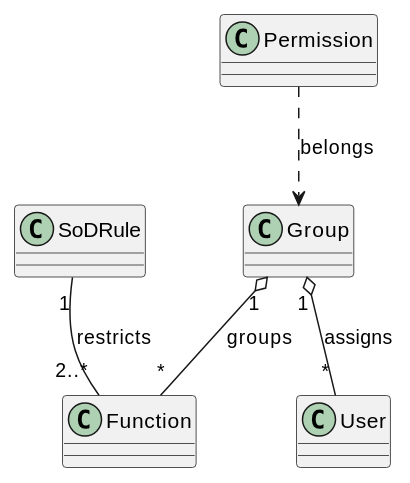
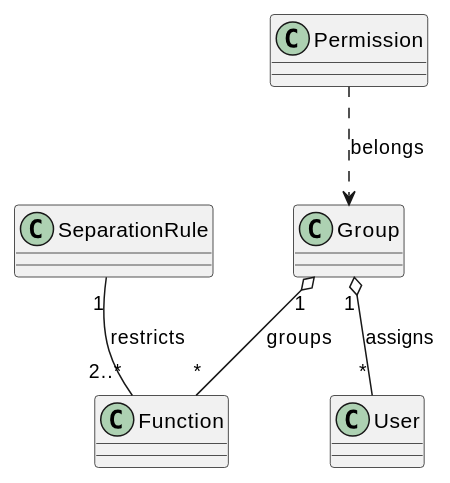
The diagram in source/requisitos/_metodologia-aplicacion/analisis-dominio/el-equivalente-iact-rbac-y-agregaciones-canonicas.rst (jcg-admin/IACT-docs), drawn with PlantUML before and after one commit. The commit also changed other lines of this file and 15 other files, not shown here.

```diff
--- a/source/requisitos/_metodologia-aplicacion/analisis-dominio/el-equivalente-iact-rbac-y-agregaciones-canonicas.rst
+++ b/source/requisitos/_metodologia-aplicacion/analisis-dominio/el-equivalente-iact-rbac-y-agregaciones-canonicas.rst
@@ -8,14 +8,14 @@
 .. uml::
 
    @startuml
    class Group
    class Function
    class User
    class Permission
-   class SoDRule
+   class SeparationRule
 
    Group "1" o-- "*" Function : groups
    Group "1" o-- "*" User : assigns
-   SoDRule "1" -- "2..*" Function : restricts
+   SeparationRule "1" -- "2..*" Function : restricts
    Permission ..> Group : belongs
    @enduml
```
